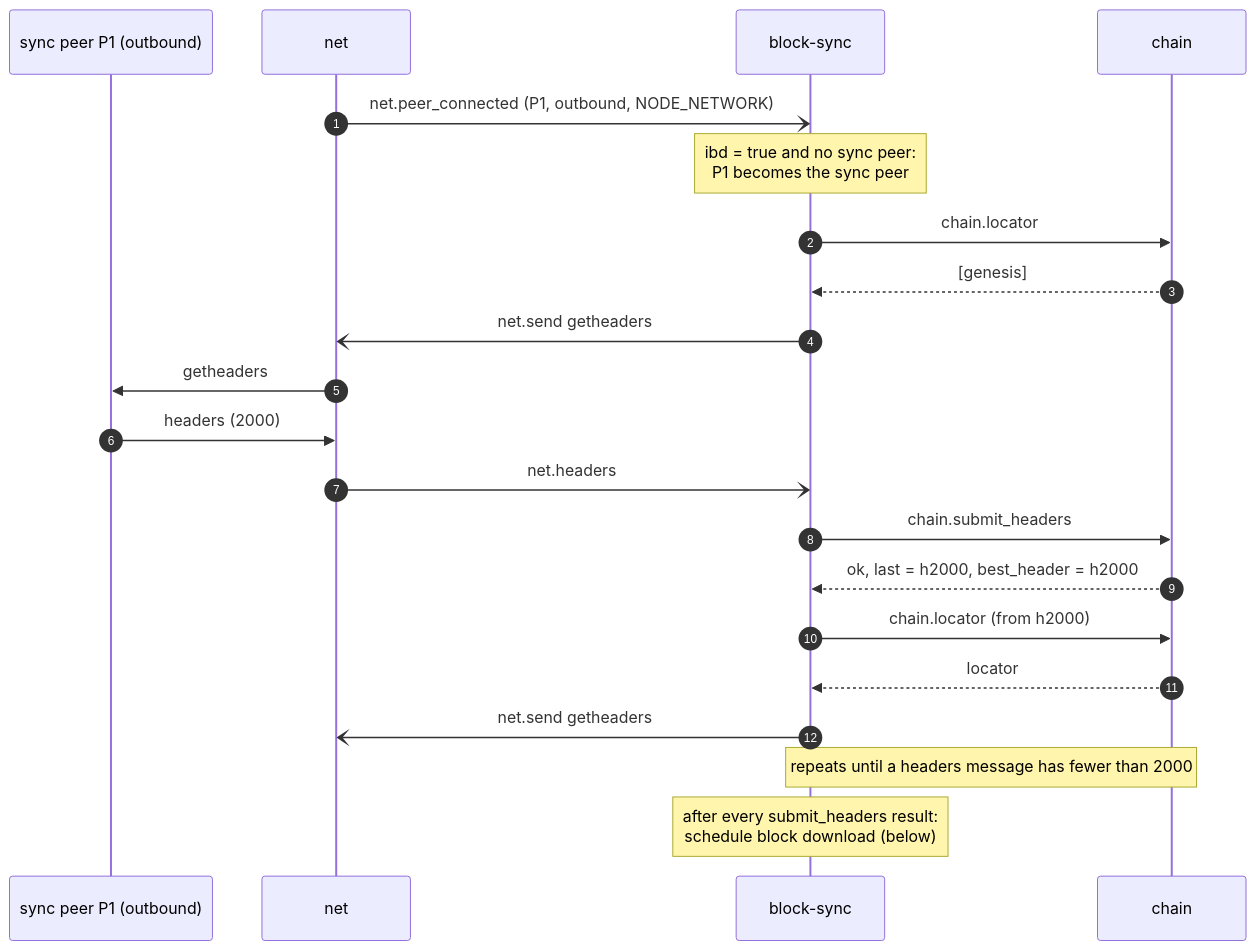
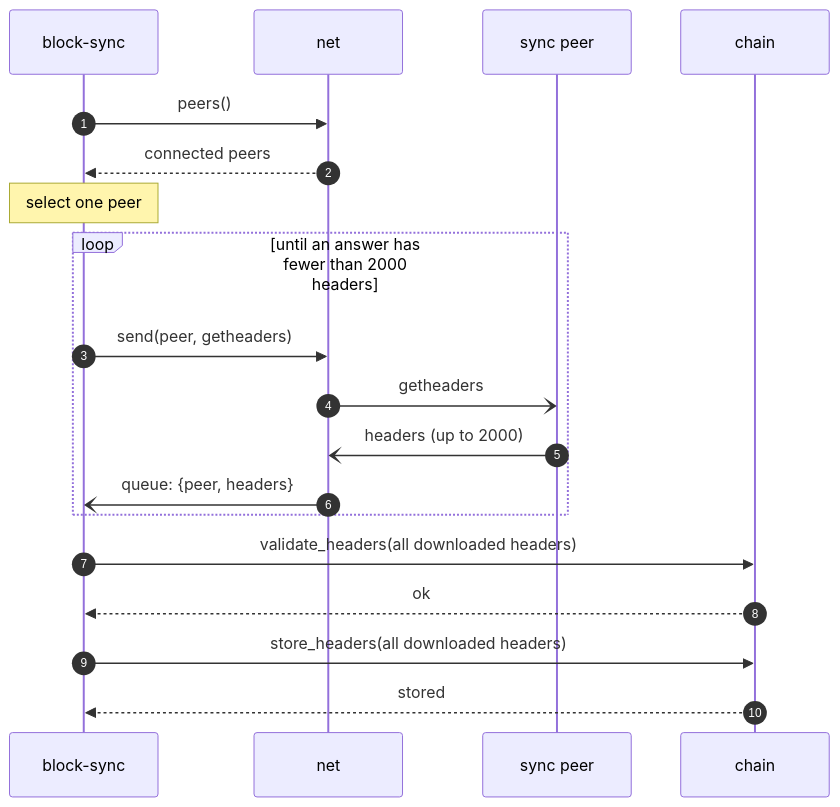
Before and after one commit to RustBTCD/btcd: the first of 2 diagrams in docs/flows/initial-sync.md, drawn with Mermaid. The commit also changed other lines of this file and 37 other files, not shown here.

````diff
--- a/docs/flows/initial-sync.md
+++ b/docs/flows/initial-sync.md
@@ -7,24 +16,21 @@
 ```mermaid
 sequenceDiagram
     autonumber
-    participant P as sync peer P1 (outbound)
+    participant BS as block-sync
     participant N as net
-    participant BS as block-sync
+    participant P as sync peer
     participant C as chain
-
-    N-)BS: net.peer_connected (P1, outbound, NODE_NETWORK)
-    Note over BS: ibd = true and no sync peer:<br/>P1 becomes the sync peer
-    BS->>C: chain.locator
-    C-->>BS: [genesis]
-    BS-)N: net.send getheaders
-    N->>P: getheaders
-    P->>N: headers (2000)
-    N-)BS: net.headers
-    BS->>C: chain.submit_headers
-    C-->>BS: ok, last = h2000, best_header = h2000
-    BS->>C: chain.locator (from h2000)
-    C-->>BS: locator
-    BS-)N: net.send getheaders
-    Note over BS,C: repeats until a headers message has fewer than 2000
-    Note over BS: after every submit_headers result:<br/>schedule block download (below)
+    BS->>N: peers()
+    N-->>BS: connected peers
+    Note over BS: select one peer
+    loop until an answer has fewer than 2000 headers
+        BS->>N: send(peer, getheaders)
+        N-)P: getheaders
+        P-)N: headers (up to 2000)
+        N-)BS: queue: {peer, headers}
+    end
+    BS->>C: validate_headers(all downloaded headers)
+    C-->>BS: ok
+    BS->>C: store_headers(all downloaded headers)
+    C-->>BS: stored
 ```
````
